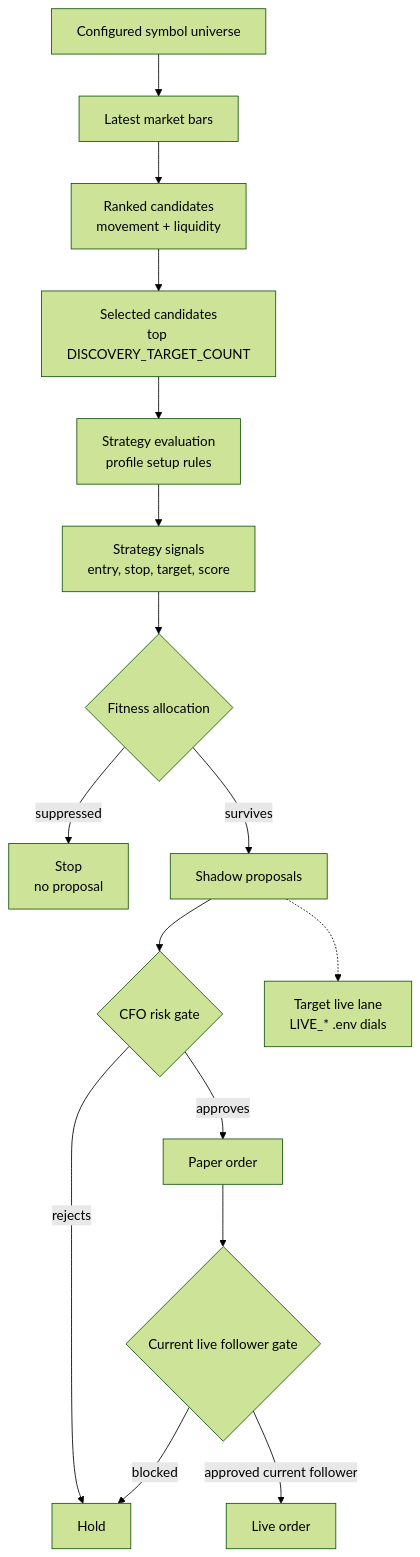
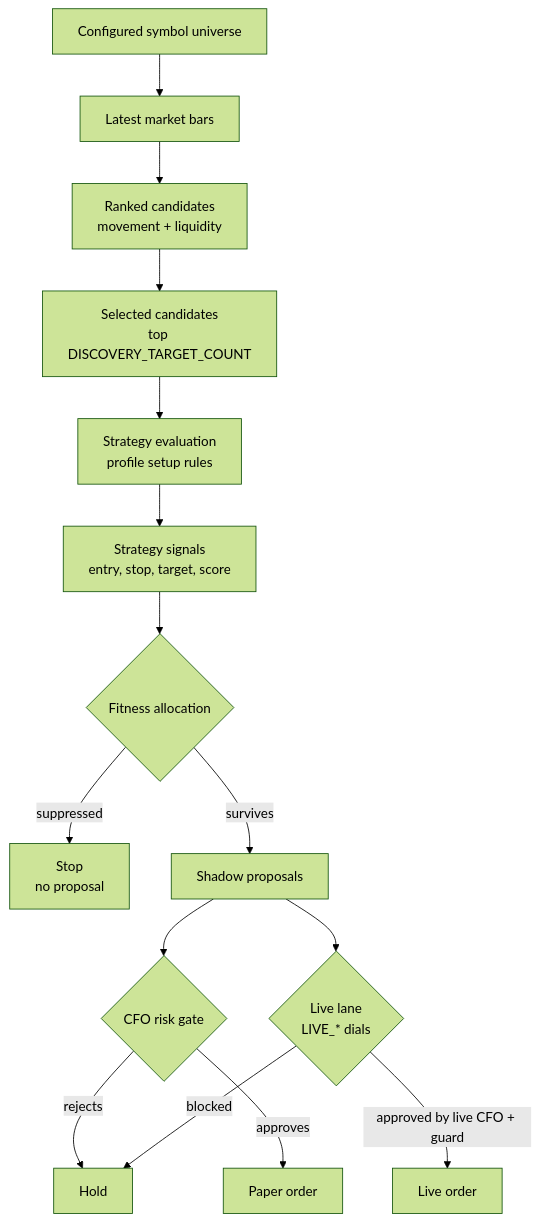
Before and after one commit to ghostfrog-ltd/centaur: the first of 2 diagrams in TICK_DECISION_FLOW.md, drawn with Mermaid (forest theme). The commit also changed other lines of this file and 7 other files, not shown here.

````diff
--- a/TICK_DECISION_FLOW.md
+++ b/TICK_DECISION_FLOW.md
@@ -43,18 +43,17 @@
 ```mermaid
 flowchart TD
   universe["Configured symbol universe"] --> bars["Latest market bars"]
   bars --> candidates["Ranked candidates<br/>movement + liquidity"]
   candidates --> selected["Selected candidates<br/>top DISCOVERY_TARGET_COUNT"]
   selected --> strategies["Strategy evaluation<br/>profile setup rules"]
   strategies --> signals["Strategy signals<br/>entry, stop, target, score"]
   signals --> fitness{"Fitness allocation"}
   fitness -->|suppressed| stop1["Stop<br/>no proposal"]
   fitness -->|survives| proposals["Shadow proposals"]
   proposals --> cfo{"CFO risk gate"}
   cfo -->|rejects| hold["Hold"]
   cfo -->|approves| paper["Paper order"]
-  paper --> live{"Current live follower gate"}
+  proposals --> live{"Live lane<br/>LIVE_* dials"}
   live -->|blocked| hold
-  live -->|approved current follower| liveOrder["Live order"]
-  proposals -.-> liveTarget["Target live lane<br/>LIVE_* .env dials"]
+  live -->|approved by live CFO + guard| liveOrder["Live order"]
 ```
````
